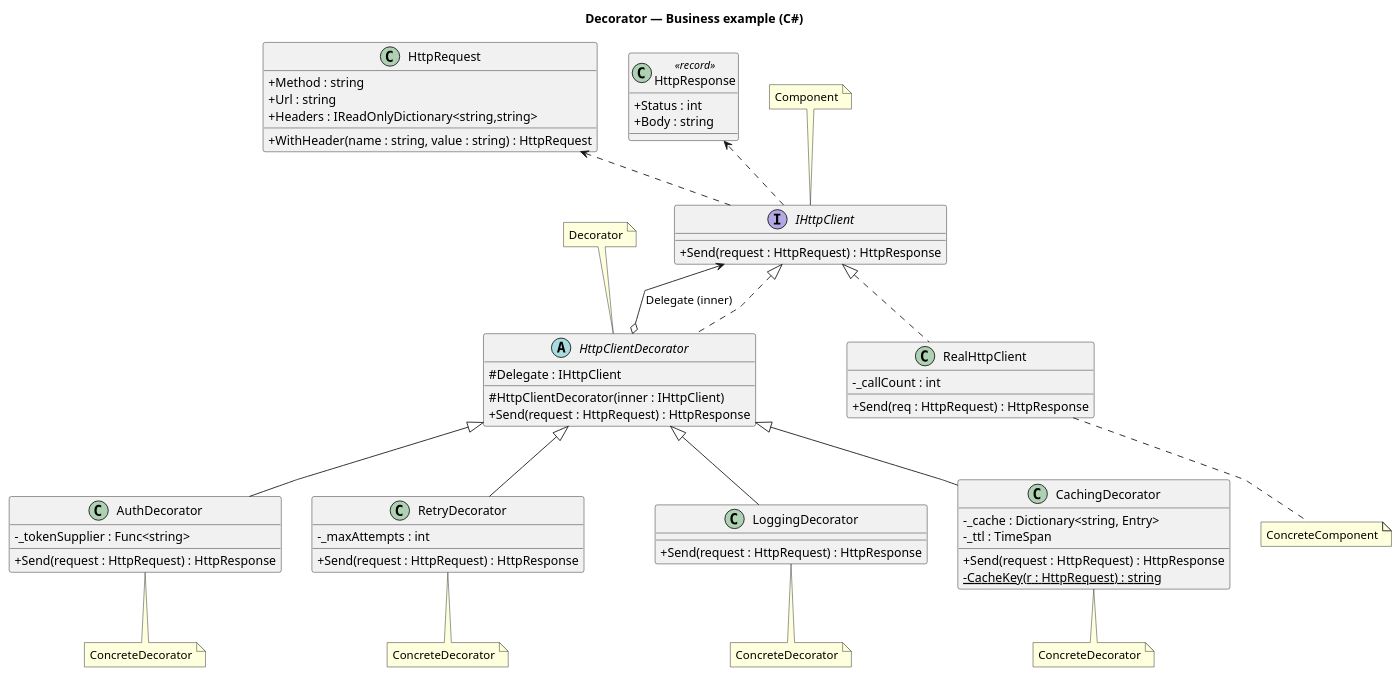
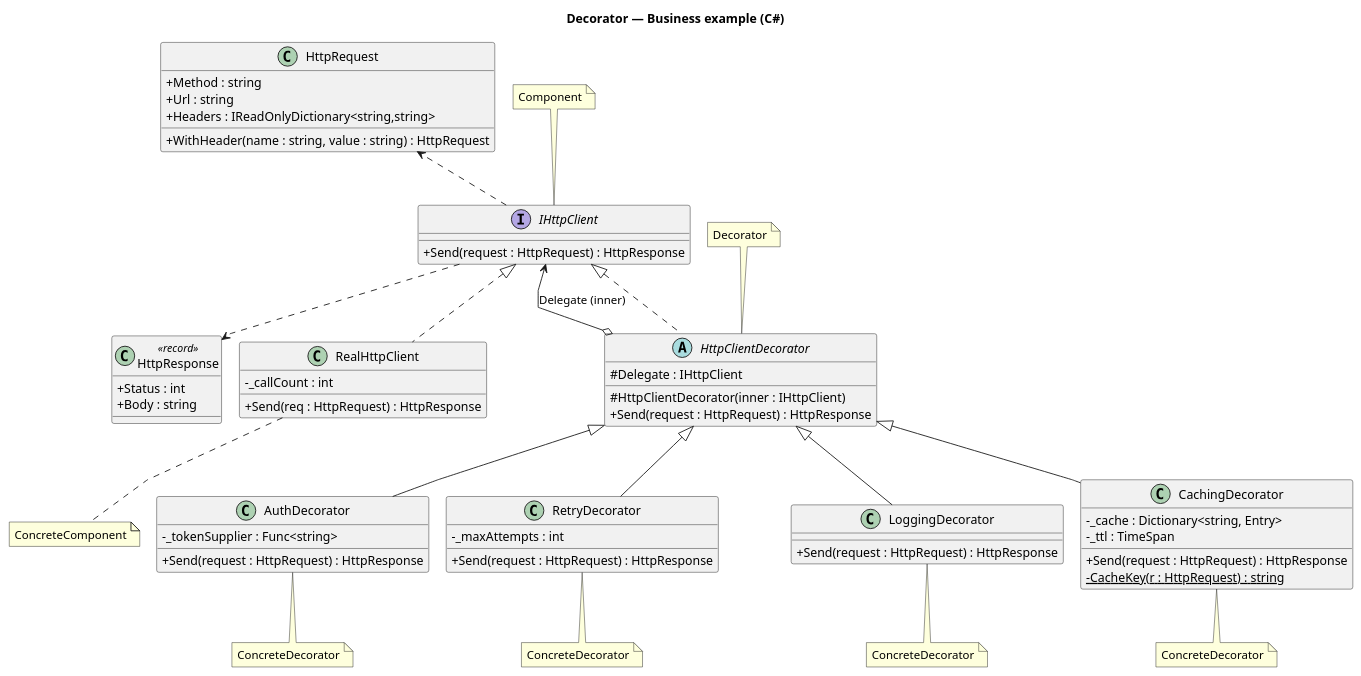
The diagram in Structural Patterns (Business)/Business.Decorator/uml/decorator.puml (kaldiroglu/DesignPatternsWithCSharp), drawn with PlantUML before and after one commit. The commit also changed 12 other files, not shown here.

Commit message:
Diagrams: the last is-a families follow the layout rule; redrawn PNGs have a white background

```diff
--- a/Structural Patterns (Business)/Business.Decorator/uml/decorator.puml
+++ b/Structural Patterns (Business)/Business.Decorator/uml/decorator.puml
@@ -1,89 +1,95 @@
 @startuml Decorator
+skinparam nodesep 20
 skinparam linetype polyline
 skinparam class {
   BackgroundColor<<spacer>> transparent
   BorderColor<<spacer>> transparent
   FontColor<<spacer>> transparent
 }
 hide <<spacer>> stereotype
 hide <<spacer>> circle
 skinparam classAttributeIconSize 0
 title Decorator — Business example (C#)
 
 interface IHttpClient {
   + Send(request : HttpRequest) : HttpResponse
 }
 note top of IHttpClient : Component
 
 class RealHttpClient {
   - _callCount : int
   + Send(req : HttpRequest) : HttpResponse
 }
 note bottom of RealHttpClient : ConcreteComponent
 
 abstract class HttpClientDecorator {
   # Delegate : IHttpClient
   # HttpClientDecorator(inner : IHttpClient)
   + Send(request : HttpRequest) : HttpResponse
 }
 note top of HttpClientDecorator : Decorator
 
 class AuthDecorator {
   - _tokenSupplier : Func<string>
   + Send(request : HttpRequest) : HttpResponse
 }
 note bottom of AuthDecorator : ConcreteDecorator
 
 class RetryDecorator {
   - _maxAttempts : int
   + Send(request : HttpRequest) : HttpResponse
 }
 note bottom of RetryDecorator : ConcreteDecorator
 
 class LoggingDecorator {
   + Send(request : HttpRequest) : HttpResponse
 }
 note bottom of LoggingDecorator : ConcreteDecorator
 
 class CachingDecorator {
   - _cache : Dictionary<string, Entry>
   - _ttl : TimeSpan
   + Send(request : HttpRequest) : HttpResponse
   - {static} CacheKey(r : HttpRequest) : string
 }
 note bottom of CachingDecorator : ConcreteDecorator
 
 class HttpRequest {
   + Method : string
   + Url : string
   + Headers : IReadOnlyDictionary<string,string>
   + WithHeader(name : string, value : string) : HttpRequest
 }
 class HttpResponse <<record>> {
   + Status : int
   + Body : string
 }
 
 IHttpClient <|.. RealHttpClient
 IHttpClient <|.. HttpClientDecorator
 HttpClientDecorator <|-- AuthDecorator
 HttpClientDecorator <|-- RetryDecorator
 HttpClientDecorator <|-- LoggingDecorator
 HttpClientDecorator <|-- CachingDecorator
-
+HttpClientDecorator o-[norank]-> IHttpClient : Delegate (inner)
+IHttpClient .[norank].> HttpRequest
+IHttpClient ..> HttpResponse
 class " " as Spacer1 <<spacer>>
+class " " as Spacer2 <<spacer>>
+class " " as Spacer3 <<spacer>>
 IHttpClient -[hidden]- Spacer1
 IHttpClient -[hidden]- Spacer1
-HttpClientDecorator -[hidden]right- Spacer1
-Spacer1 -[hidden]right- RealHttpClient
-class " " as Spacer2 <<spacer>>
-HttpClientDecorator -[hidden]- Spacer2
-HttpClientDecorator -[hidden]- Spacer2
+RealHttpClient -[hidden]right- Spacer2
+Spacer2 -[hidden]right- Spacer3
+Spacer3 -[hidden]right- Spacer1
+Spacer1 -[hidden]right- HttpClientDecorator
+class " " as Spacer4 <<spacer>>
+class " " as Spacer5 <<spacer>>
+HttpClientDecorator -[hidden]- Spacer4
+HttpClientDecorator -[hidden]- Spacer4
 AuthDecorator -[hidden]right- RetryDecorator
-RetryDecorator -[hidden]right- Spacer2
-Spacer2 -[hidden]right- LoggingDecorator
+RetryDecorator -[hidden]right- Spacer4
+Spacer4 -[hidden]right- Spacer5
+Spacer5 -[hidden]right- LoggingDecorator
 LoggingDecorator -[hidden]right- CachingDecorator
-HttpClientDecorator o-[norank]-> IHttpClient : Delegate (inner)
-IHttpClient .[norank].> HttpRequest
-IHttpClient .[norank].> HttpResponse
 @enduml
```
